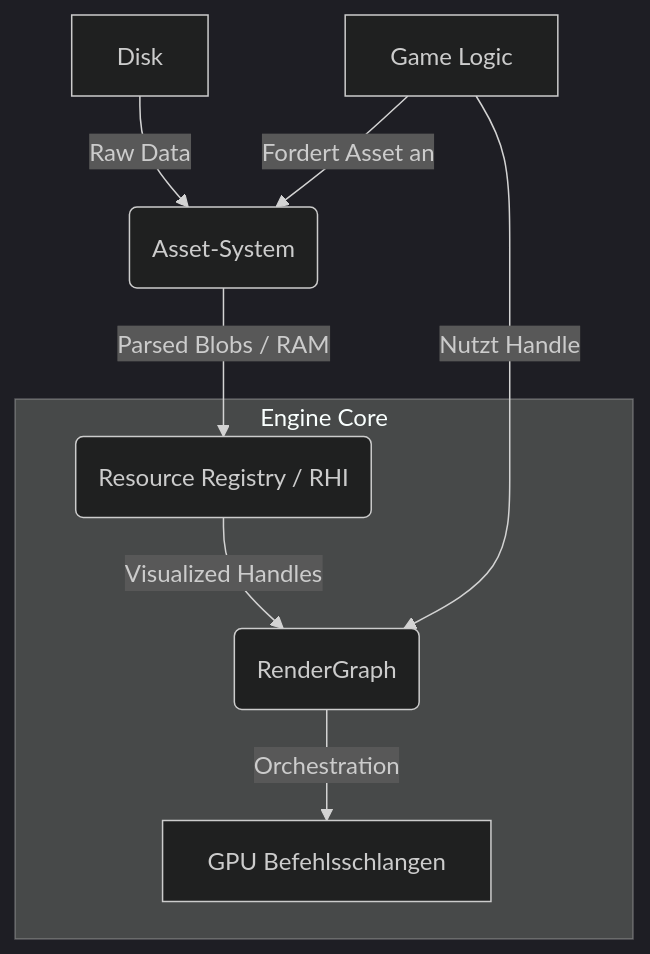
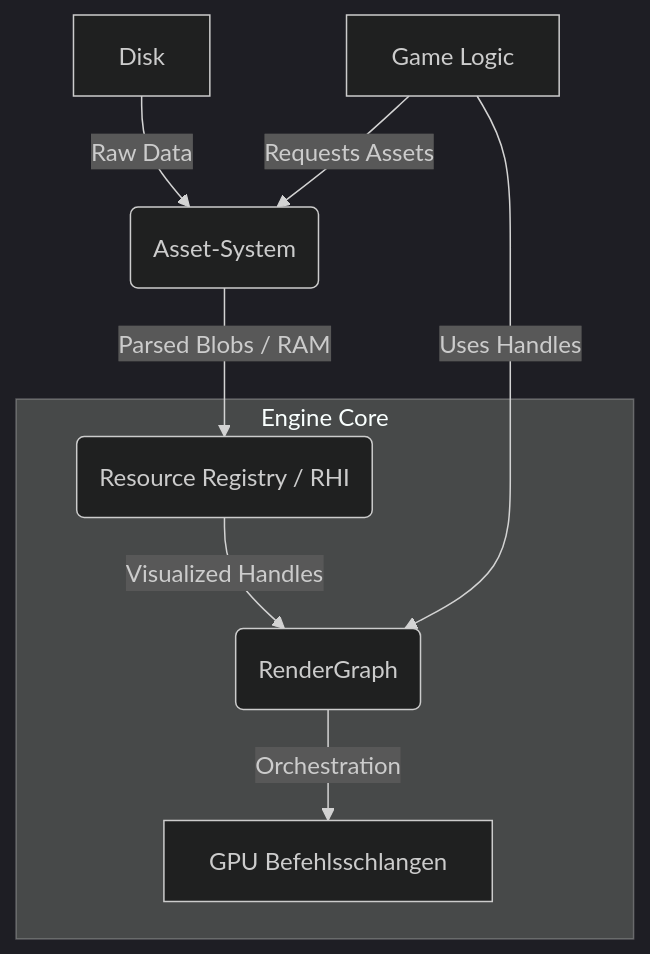
One commit to BusinessDirt/obsidian-vault changed the first of 2 diagrams in 01 - Projects/Mixture/Assets/Assets System.md. Above: the diagram before and after it, drawn with Mermaid (dark theme). The commit also changed other lines of this file and 2 other files, not shown here.

````diff
--- a/01 - Projects/Mixture/Assets/Assets System.md
+++ b/01 - Projects/Mixture/Assets/Assets System.md
@@ -15,13 +15,13 @@
 ```mermaid
 graph TD
     A[Disk] -->|Raw Data| B(Asset-System)
     B -->|Parsed Blobs / RAM| C(Resource Registry / RHI)
     
     subgraph "Engine Core"
         C -->|Visualized Handles| D(RenderGraph)
         D -->|Orchestration| E[GPU Befehlsschlangen]
     end
     
-    F[Game Logic] -->|Fordert Asset an| B
-    F -->|Nutzt Handle| D
+    F[Game Logic] -->|Requests Assets| B
+    F -->|Uses Handles| D
 ```
````
